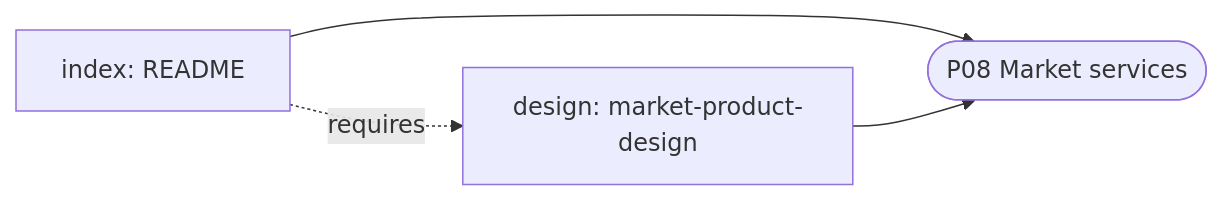
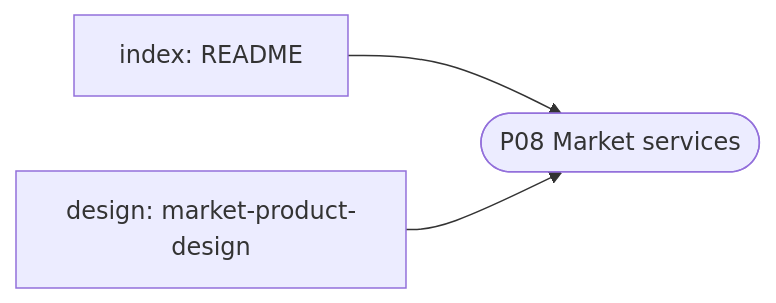
The eighth of 10 diagrams in docs/content/analysis/xbar/FINDINGS.md (0xmhha/nu-54v-dk-toy), drawn with Mermaid before and after one commit. The commit also changed other lines of this file and 31 other files, not shown here.

````diff
--- a/docs/content/analysis/xbar/FINDINGS.md
+++ b/docs/content/analysis/xbar/FINDINGS.md
@@ -992,7 +1203,6 @@
 ```mermaid
 graph LR
   P08(["P08 Market services"])
   d0["index: README"] --> P08
   d1["design: market-product-design"] --> P08
-  d0 -. requires .-> d1
 ```
````
